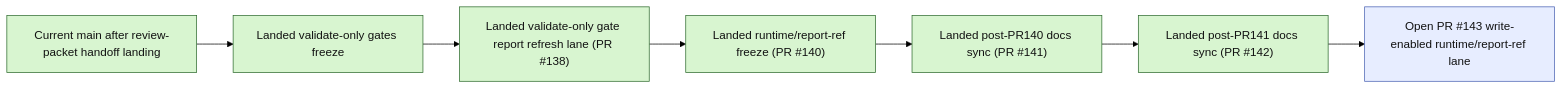
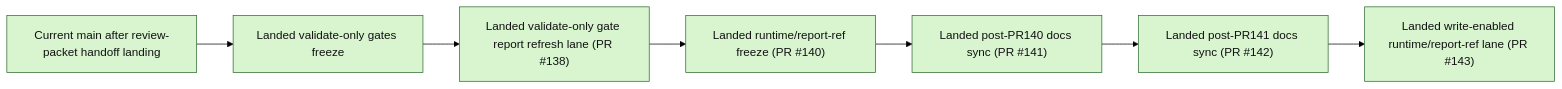
One commit to benjmcd/project6_REPO_MCP_FOLDER changed the second of 2 diagrams in next_milestone_plans/layer3_progress_board.md. Above: the diagram before and after it, drawn with Mermaid (forest theme). The commit also changed other lines of this file and 8 other files, not shown here.

````diff
--- a/next_milestone_plans/layer3_progress_board.md
+++ b/next_milestone_plans/layer3_progress_board.md
@@ -197,16 +197,14 @@
 ```mermaid
 flowchart LR
     A["Current main after review-packet handoff landing"] --> B["Landed validate-only gates freeze"]
     B --> C["Landed validate-only gate report refresh lane (PR #138)"]
     C --> D["Landed runtime/report-ref freeze (PR #140)"]
     D --> E["Landed post-PR140 docs sync (PR #141)"]
     E --> F["Landed post-PR141 docs sync (PR #142)"]
-    F --> G["Open PR #143 write-enabled runtime/report-ref lane"]
+    F --> G["Landed write-enabled runtime/report-ref lane (PR #143)"]
 
     classDef done fill:#d8f5d0,stroke:#2f6b2f,color:#111;
-    classDef next fill:#e7edff,stroke:#4b63b3,color:#111;
     classDef future fill:#e8e8e8,stroke:#666,color:#111;
 
-    class A,B,C,D,E,F done;
-    class G next;
+    class A,B,C,D,E,F,G done;
 ```
````
